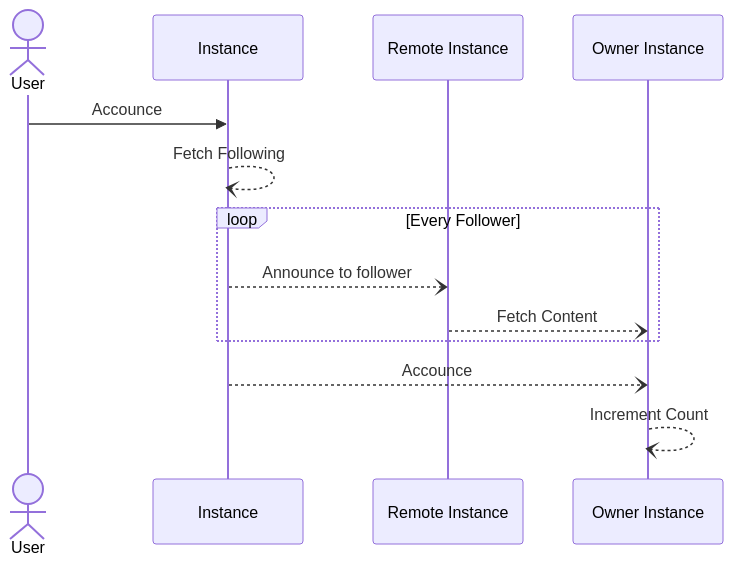
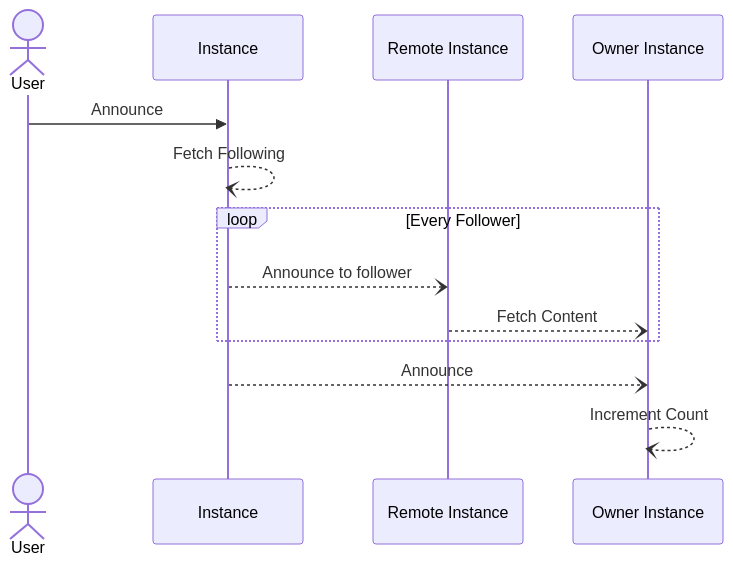
One commit to boyter/activitypub changed the diagram in announce-post.md. Above: the diagram before and after it, drawn with Mermaid.

Commit message:
fix: typos in announce sequence

````diff
--- a/announce-post.md
+++ b/announce-post.md
@@ -15,12 +15,12 @@
 ```mermaid
 sequenceDiagram
     actor User
-    User->>Instance: Accounce
+    User->>Instance: Announce
     Instance--)Instance: Fetch Following
     loop Every Follower
       Instance--)Remote Instance: Announce to follower
       Remote Instance--)Owner Instance: Fetch Content
     end
-    Instance--)Owner Instance: Accounce
+    Instance--)Owner Instance: Announce
     Owner Instance--)Owner Instance: Increment Count
 ```
````
